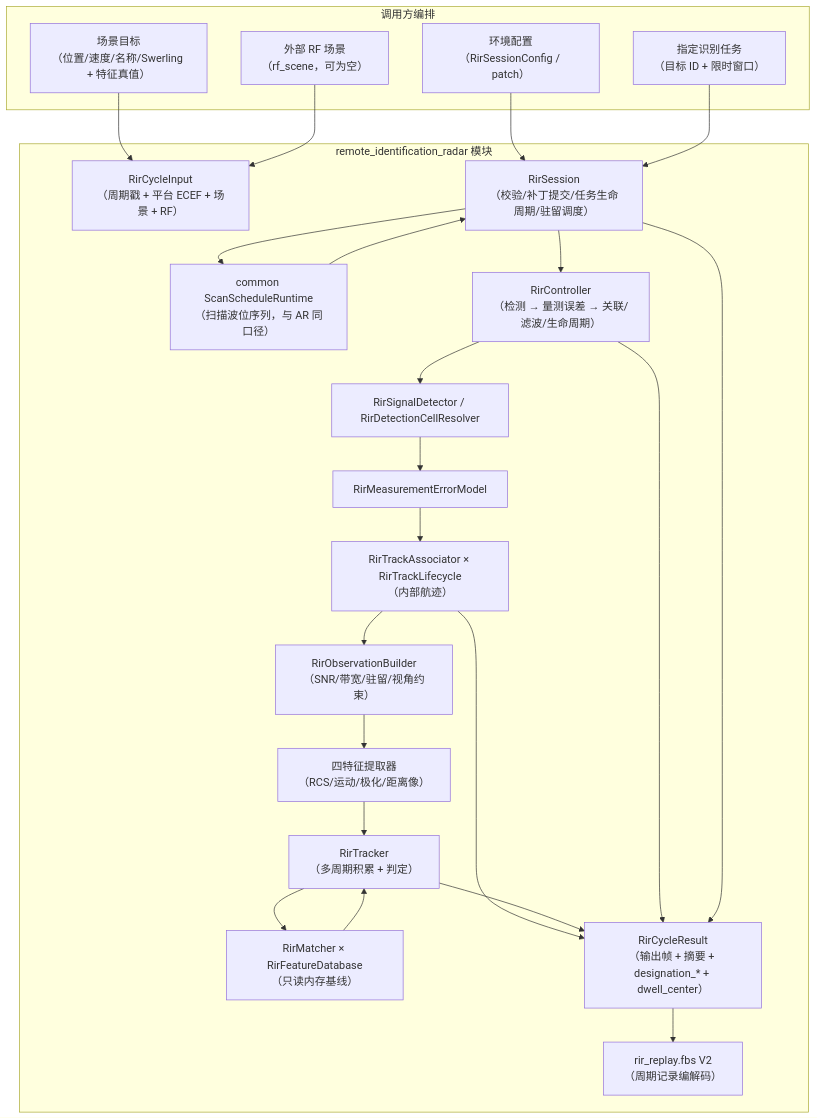
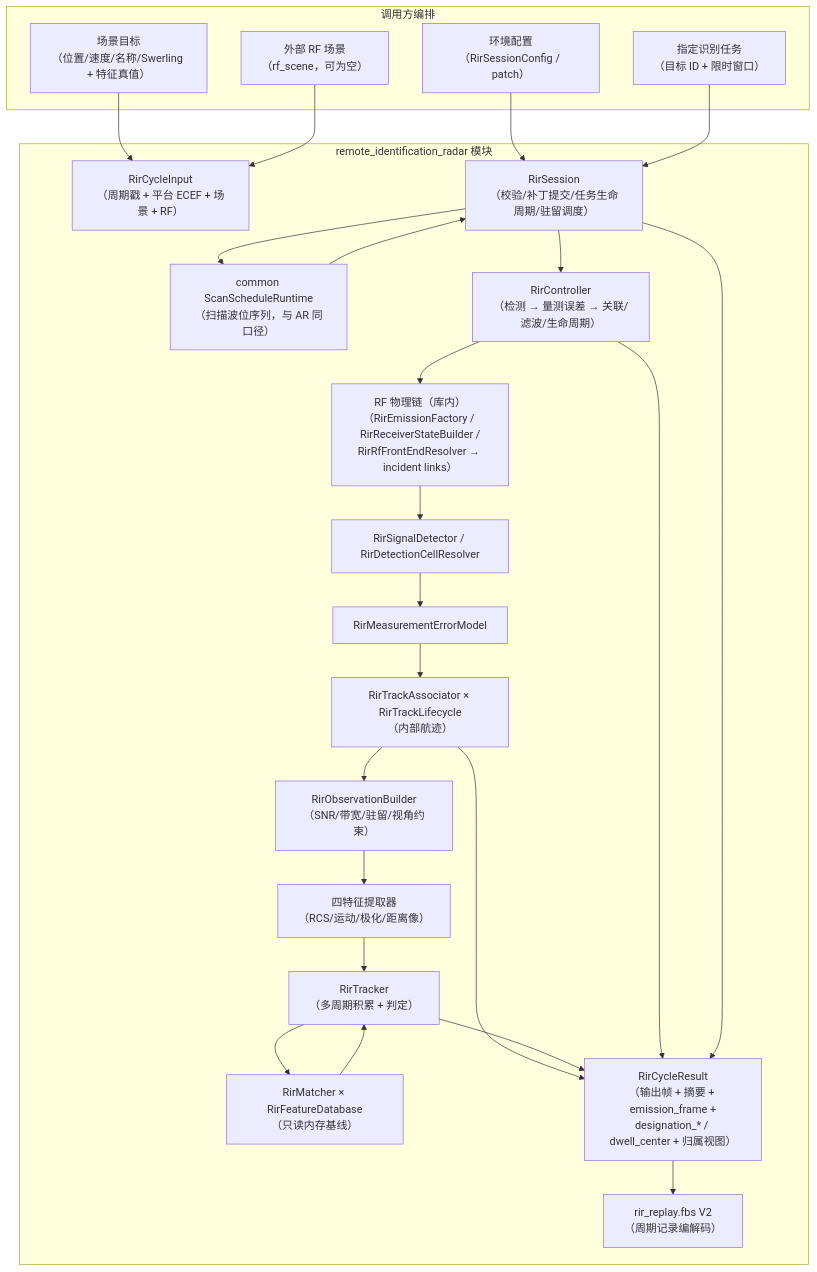
One commit to boilwater-3/1q changed the diagram in docs/remote_identification_radar/data-flow.md. Above: the diagram before and after it, drawn with Mermaid. The commit also changed other lines of this file and 36 other files, not shown here.

````diff
--- a/docs/remote_identification_radar/data-flow.md
+++ b/docs/remote_identification_radar/data-flow.md
@@ -12,46 +12,48 @@
 ```mermaid
 flowchart TB
   subgraph Caller["调用方编排"]
     Scene["场景目标\n（位置/速度/名称/Swerling + 特征真值）"]
     Rf["外部 RF 场景\n（rf_scene，可为空）"]
     Env["环境配置\n（RirSessionConfig / patch）"]
     Task["指定识别任务\n（目标 ID + 限时窗口）"]
   end
 
   subgraph Rir["remote_identification_radar 模块"]
     Input["RirCycleInput\n（周期戳 + 平台 ECEF + 场景 + RF）"]
     Session["RirSession\n（校验/补丁提交/任务生命周期/驻留调度）"]
     ScanKernel["common ScanScheduleRuntime\n（扫描波位序列，与 AR 同口径）"]
     Controller["RirController\n（检测 → 量测误差 → 关联/滤波/生命周期）"]
+    RfFrontEnd["RF 物理链（库内）\n（RirEmissionFactory / RirReceiverStateBuilder /\nRirRfFrontEndResolver → incident links）"]
     Detector["RirSignalDetector / RirDetectionCellResolver"]
     Measurement["RirMeasurementErrorModel"]
     Track["RirTrackAssociator × RirTrackLifecycle\n（内部航迹）"]
     Builder["RirObservationBuilder\n（SNR/带宽/驻留/视角约束）"]
     Extract["四特征提取器\n（RCS/运动/极化/距离像）"]
     Tracker["RirTracker\n（多周期积累 + 判定）"]
     Matcher["RirMatcher × RirFeatureDatabase\n（只读内存基线）"]
-    Result["RirCycleResult\n（输出帧 + 摘要 + designation_* + dwell_center）"]
+    Result["RirCycleResult\n（输出帧 + 摘要 + emission_frame +\ndesignation_* / dwell_center + 归属视图）"]
     Replay["rir_replay.fbs V2\n（周期记录编解码）"]
   end
 
   Scene --> Input
   Rf --> Input
   Env --> Session
   Task --> Session
   Session --> ScanKernel
   ScanKernel --> Session
   Session --> Controller
-  Controller --> Detector
+  Controller --> RfFrontEnd
+  RfFrontEnd --> Detector
   Detector --> Measurement
   Measurement --> Track
   Track --> Builder
   Builder --> Extract
   Extract --> Tracker
   Tracker --> Matcher
   Matcher --> Tracker
   Track --> Result
   Tracker --> Result
   Controller --> Result
   Session --> Result
   Result --> Replay
 ```
````
